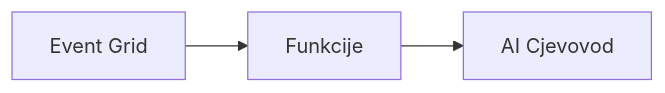
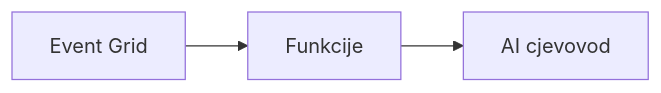
One commit to microsoft/AZD-for-beginners changed the second of 2 diagrams in translations/hr/docs/chapter-08-production/README.md. Above: the diagram before and after it, drawn with Mermaid. The commit also changed other lines of this file and 104 other files, not shown here.

````diff
--- a/translations/hr/docs/chapter-08-production/README.md
+++ b/translations/hr/docs/chapter-08-production/README.md
@@ -56,4 +57,4 @@
 ```mermaid
 graph LR
-    EventGrid[Event Grid] --> Functions[Funkcije] --> Pipeline[AI Cjevovod]
+    EventGrid[Event Grid] --> Functions[Funkcije] --> Pipeline[AI cjevovod]
 ```
````
